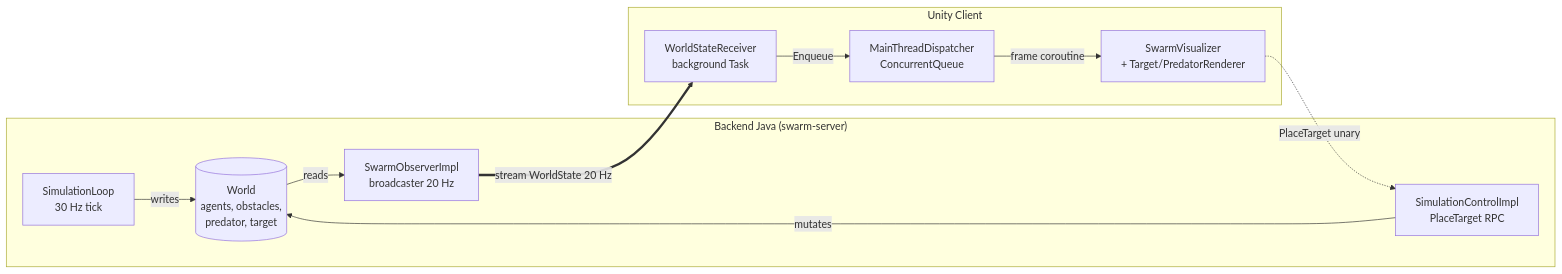
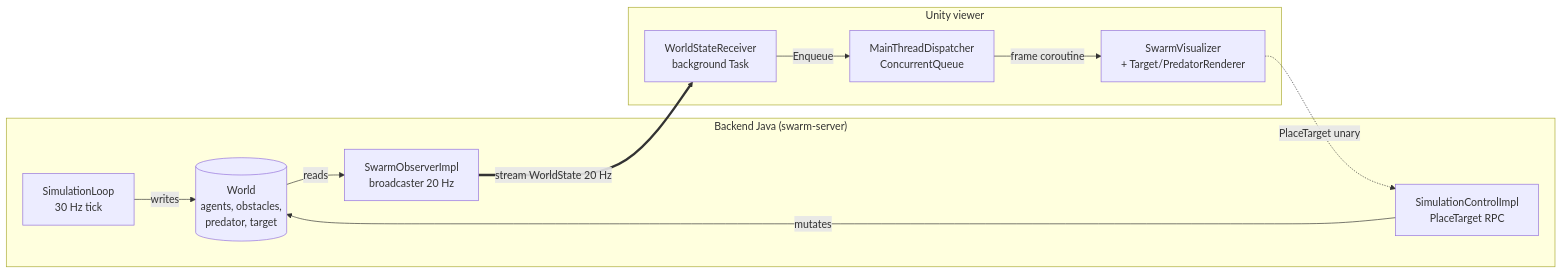
One commit to gakkel-labs/swarm-simulator changed the diagram in README.md. Above: the diagram before and after it, drawn with Mermaid. The commit also changed other lines of this file and 1 other file, not shown here.

````diff
--- a/README.md
+++ b/README.md
@@ -138,23 +124,23 @@
 ```mermaid
 flowchart LR
     subgraph Backend["Backend Java (swarm-server)"]
         SIM[SimulationLoop<br/>30 Hz tick]
         WORLD[(World<br/>agents, obstacles,<br/>predator, target)]
         BCAST[SwarmObserverImpl<br/>broadcaster 20 Hz]
         CTRL[SimulationControlImpl<br/>PlaceTarget RPC]
         SIM -->|writes| WORLD
         WORLD -->|reads| BCAST
         CTRL -->|mutates| WORLD
     end
 
-    subgraph Unity["Unity Client"]
+    subgraph Unity["Unity viewer"]
         RECV[WorldStateReceiver<br/>background Task]
         DISP[MainThreadDispatcher<br/>ConcurrentQueue]
         VIZ[SwarmVisualizer<br/>+ Target/PredatorRenderer]
         RECV -->|Enqueue| DISP
         DISP -->|frame coroutine| VIZ
     end
 
     BCAST ==>|stream WorldState 20 Hz| RECV
     VIZ -.->|PlaceTarget unary| CTRL
 ```
````
